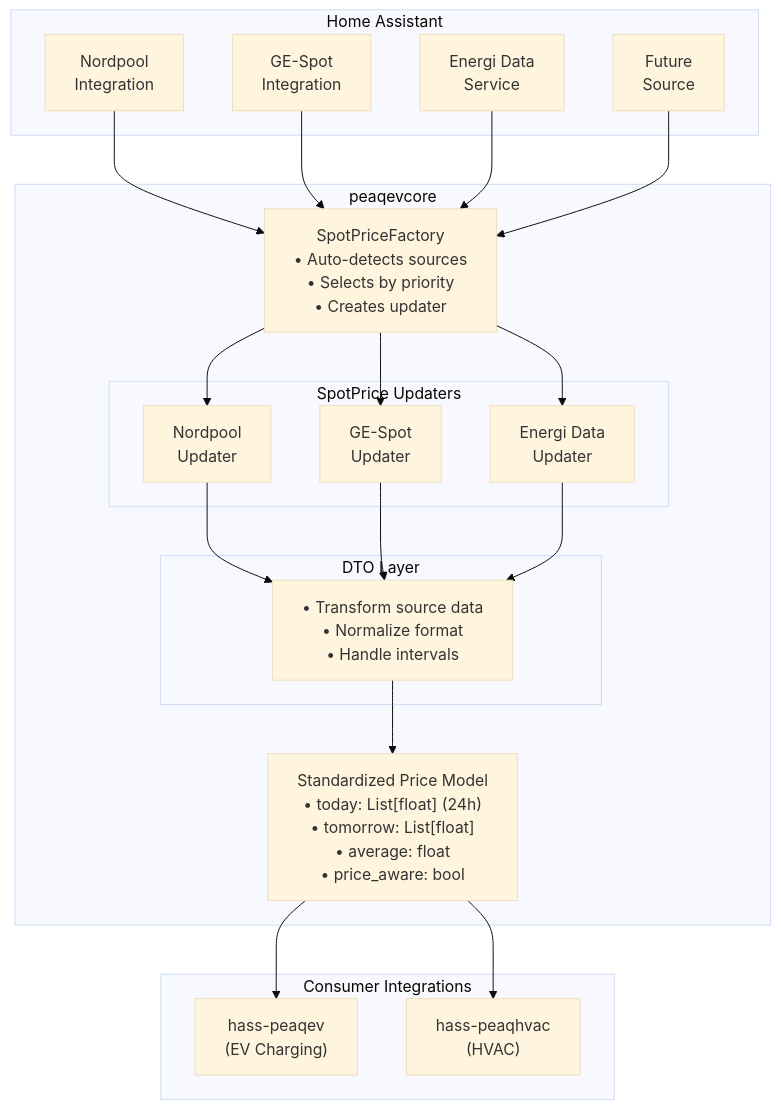
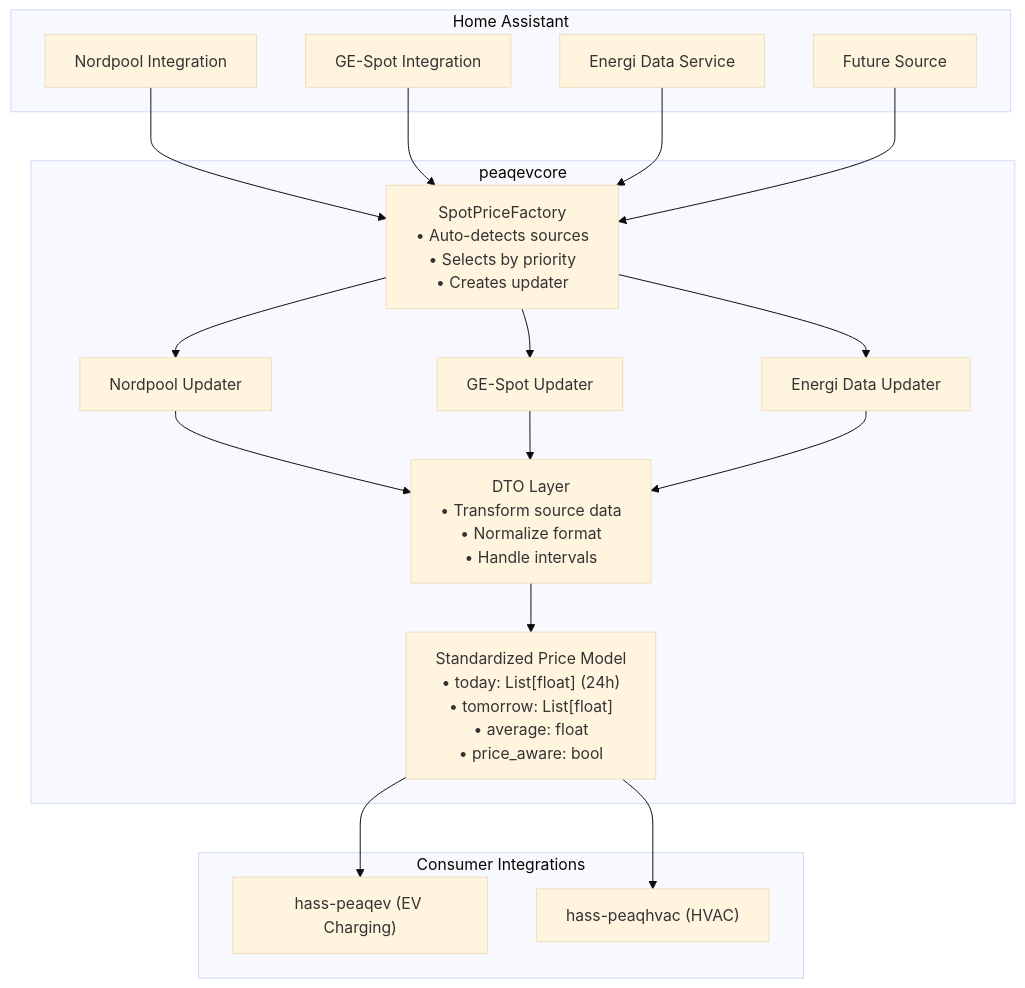
Before and after one commit to elden1337/peaqev-core: the first of 4 diagrams in docs/ARCHITECTURE.md, drawn with Mermaid (base theme).

Commit message:
docs: Fix Mermaid diagram arrow routing issues
- Remove nested subgraphs to prevent arrows cutting through text
- Flatten structure while maintaining logical grouping
- Cleaner arrow routing and better readability

````diff
--- a/docs/ARCHITECTURE.md
+++ b/docs/ARCHITECTURE.md
@@ -25,48 +25,44 @@
 ```mermaid
 graph TB
     subgraph HA["Home Assistant"]
-        Nordpool["Nordpool<br/>Integration"]
-        GESpot["GE-Spot<br/>Integration"]
-        EDS["Energi Data<br/>Service"]
-        Future["Future<br/>Source"]
+        Nordpool["Nordpool Integration"]
+        GESpot["GE-Spot Integration"]
+        EDS["Energi Data Service"]
+        Future["Future Source"]
     end
     
     subgraph Core["peaqevcore"]
         Factory["SpotPriceFactory<br/>• Auto-detects sources<br/>• Selects by priority<br/>• Creates updater"]
         
-        subgraph Updaters["SpotPrice Updaters"]
-            NordpoolUpd["Nordpool<br/>Updater"]
-            GESpotUpd["GE-Spot<br/>Updater"]
-            EDSUpd["Energi Data<br/>Updater"]
-        end
+        NordpoolUpd["Nordpool Updater"]
+        GESpotUpd["GE-Spot Updater"]
+        EDSUpd["Energi Data Updater"]
         
-        subgraph DTOs["DTO Layer"]
-            DTOLayer["• Transform source data<br/>• Normalize format<br/>• Handle intervals"]
-        end
+        DTOLayer["DTO Layer<br/>• Transform source data<br/>• Normalize format<br/>• Handle intervals"]
         
         Model["Standardized Price Model<br/>• today: List[float] (24h)<br/>• tomorrow: List[float]<br/>• average: float<br/>• price_aware: bool"]
     end
     
     subgraph Consumers["Consumer Integrations"]
-        PeaqEV["hass-peaqev<br/>(EV Charging)"]
-        PeaqHVAC["hass-peaqhvac<br/>(HVAC)"]
+        PeaqEV["hass-peaqev (EV Charging)"]
+        PeaqHVAC["hass-peaqhvac (HVAC)"]
     end
     
     Nordpool --> Factory
     GESpot --> Factory
     EDS --> Factory
     Future --> Factory
     
     Factory --> NordpoolUpd
     Factory --> GESpotUpd
     Factory --> EDSUpd
     
     NordpoolUpd --> DTOLayer
     GESpotUpd --> DTOLayer
     EDSUpd --> DTOLayer
     
     DTOLayer --> Model
     
     Model --> PeaqEV
     Model --> PeaqHVAC
 ```
````
